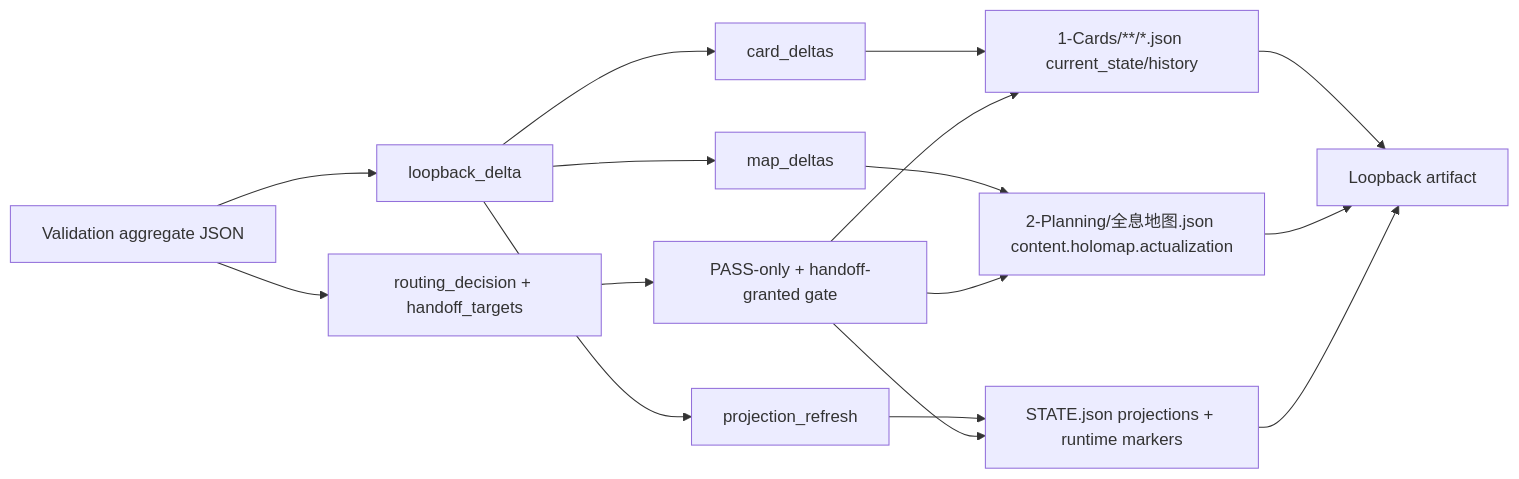
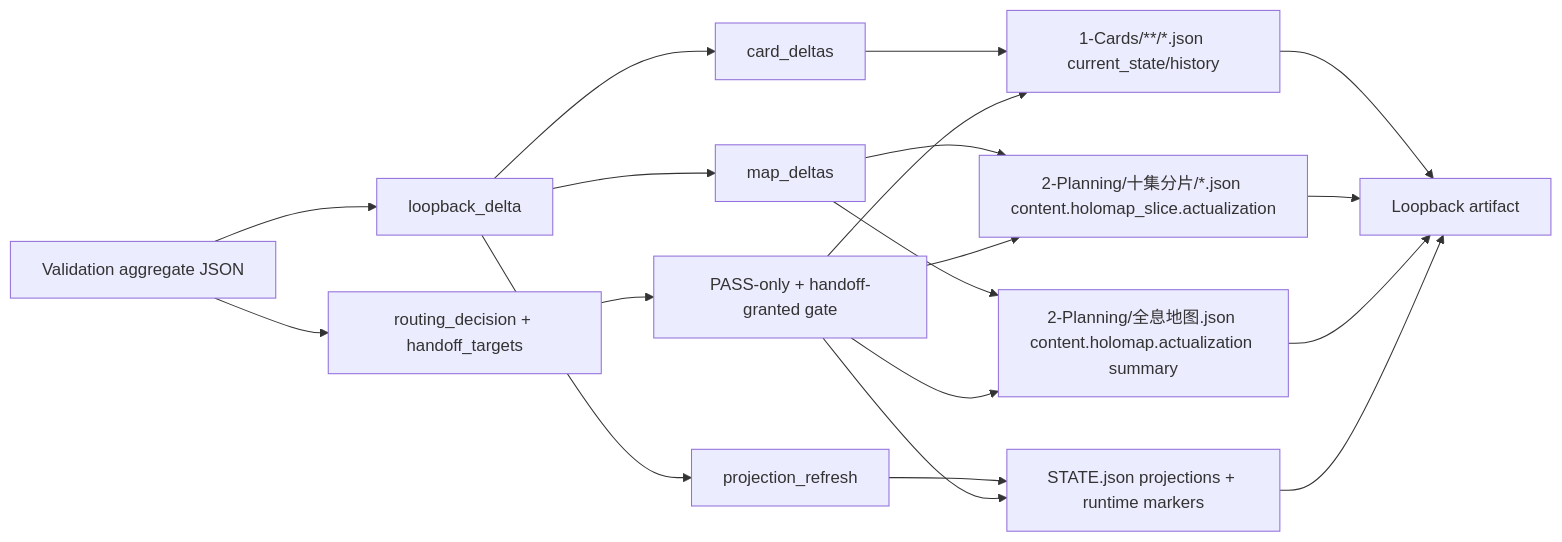
One commit to ZEN-VOID/AI-CUT changed the second of 4 diagrams in .agents/skills/story/5-Loopback/SKILL.md. Above: the diagram before and after it, drawn with Mermaid. The commit also changed other lines of this file and 118 other files, not shown here.

````diff
--- a/.agents/skills/story/5-Loopback/SKILL.md
+++ b/.agents/skills/story/5-Loopback/SKILL.md
@@ -127,18 +134,21 @@
 ```mermaid
 flowchart LR
     A["Validation aggregate JSON"] --> B["loopback_delta"]
     B --> C["card_deltas"]
     B --> D["map_deltas"]
     B --> E["projection_refresh"]
     C --> F["1-Cards/**/*.json current_state/history"]
-    D --> G["2-Planning/全息地图.json content.holomap.actualization"]
+    D --> G["2-Planning/十集分片/*.json content.holomap_slice.actualization"]
+    D --> G2["2-Planning/全息地图.json content.holomap.actualization summary"]
     E --> H["STATE.json projections + runtime markers"]
     A --> I["routing_decision + handoff_targets"]
     I --> J["PASS-only + handoff-granted gate"]
     J --> F
     J --> G
+    J --> G2
     J --> H
     F --> K["Loopback artifact"]
     G --> K
+    G2 --> K
     H --> K
 ```
````
